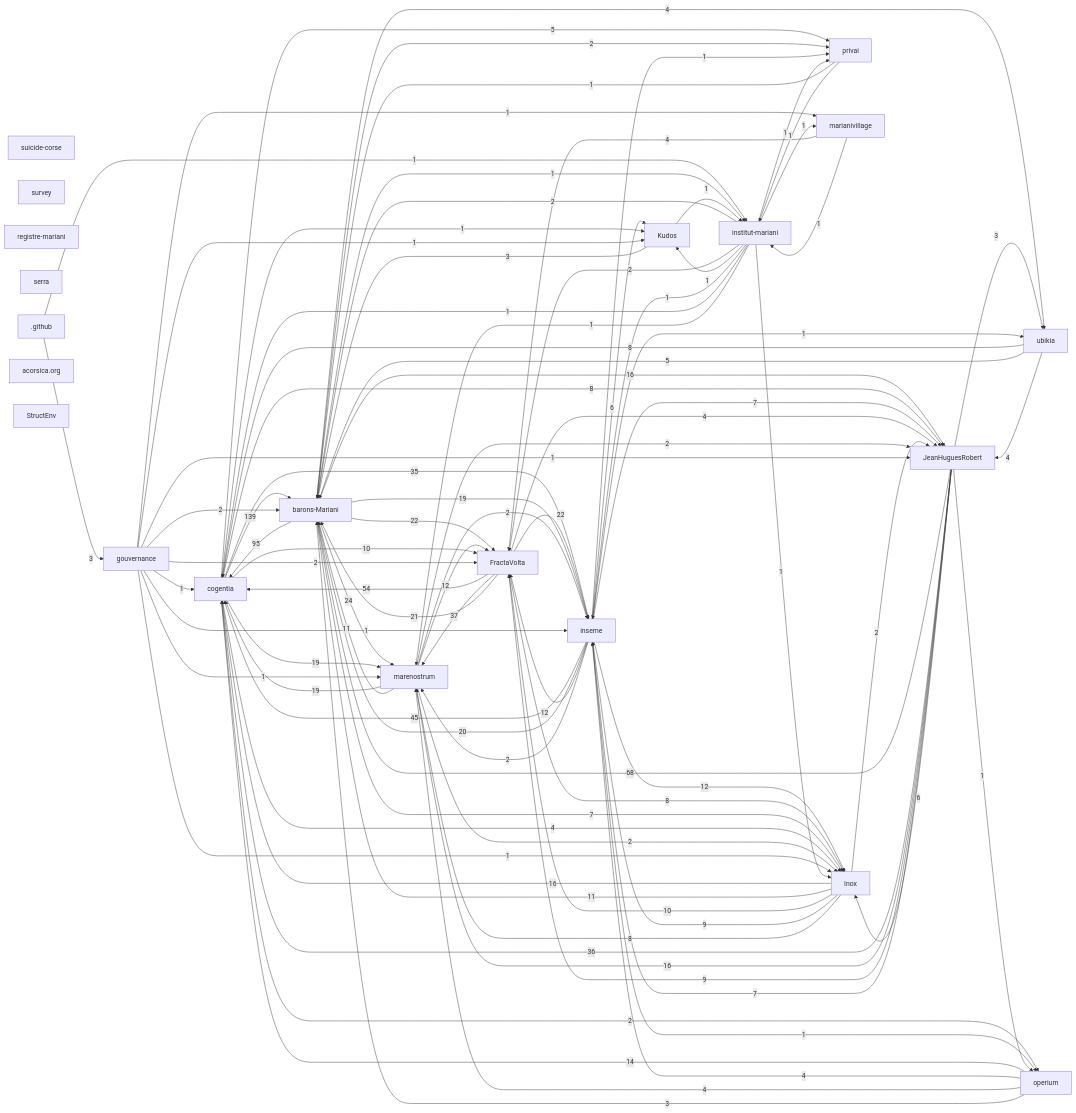
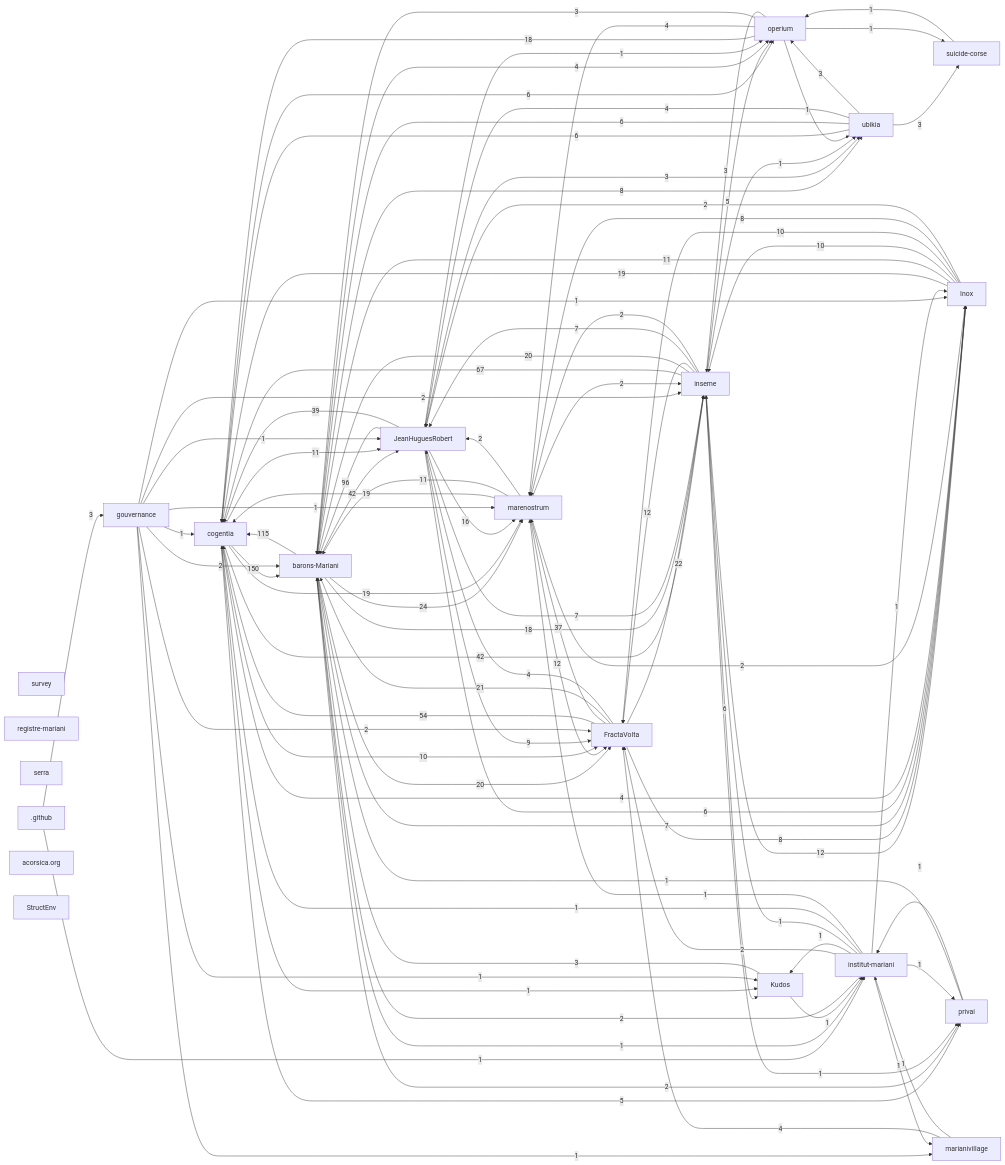
Before and after one commit to JeanHuguesRobert/FractaVolta: the first of 2 diagrams in research/corpus-status.md, drawn with Mermaid. The commit also changed other lines of this file, not shown here.

Commit message:
docs(corpus): refresh status projection

````diff
--- a/research/corpus-status.md
+++ b/research/corpus-status.md
@@ -77,59 +77,64 @@
   r_github[".github"]
   r_acorsica_org["acorsica.org"]
   r_structenv["StructEnv"]
-  r_cogentia -->|139| r_barons_mariani
-  r_barons_mariani -->|95| r_cogentia
-  r_jeanhuguesrobert -->|68| r_barons_mariani
+  r_cogentia -->|150| r_barons_mariani
+  r_barons_mariani -->|115| r_cogentia
+  r_jeanhuguesrobert -->|96| r_barons_mariani
+  r_inseme -->|67| r_cogentia
   r_fractavolta -->|54| r_cogentia
-  r_inseme -->|45| r_cogentia
+  r_barons_mariani -->|42| r_jeanhuguesrobert
+  r_cogentia -->|42| r_inseme
+  r_jeanhuguesrobert -->|39| r_cogentia
   r_fractavolta -->|37| r_marenostrum
-  r_jeanhuguesrobert -->|36| r_cogentia
-  r_cogentia -->|35| r_inseme
   r_barons_mariani -->|24| r_marenostrum
-  r_barons_mariani -->|22| r_fractavolta
   r_fractavolta -->|22| r_inseme
   r_fractavolta -->|21| r_barons_mariani
+  r_barons_mariani -->|20| r_fractavolta
   r_inseme -->|20| r_barons_mariani
-  r_barons_mariani -->|19| r_inseme
   r_cogentia -->|19| r_marenostrum
+  r_inox -->|19| r_cogentia
   r_marenostrum -->|19| r_cogentia
-  r_barons_mariani -->|16| r_jeanhuguesrobert
-  r_inox -->|16| r_cogentia
+  r_barons_mariani -->|18| r_inseme
+  r_operium -->|18| r_cogentia
   r_jeanhuguesrobert -->|16| r_marenostrum
-  r_operium -->|14| r_cogentia
   r_inseme -->|12| r_fractavolta
   r_inseme -->|12| r_inox
   r_marenostrum -->|12| r_fractavolta
+  r_cogentia -->|11| r_jeanhuguesrobert
   r_inox -->|11| r_barons_mariani
   r_marenostrum -->|11| r_barons_mariani
   r_cogentia -->|10| r_fractavolta
+  r_inox -->|10| r_inseme
   r_inox -->|10| r_fractavolta
-  r_inox -->|9| r_inseme
   r_jeanhuguesrobert -->|9| r_fractavolta
-  r_cogentia -->|8| r_jeanhuguesrobert
+  r_barons_mariani -->|8| r_ubikia
   r_fractavolta -->|8| r_inox
   r_inox -->|8| r_marenostrum
-  r_ubikia -->|8| r_cogentia
   r_barons_mariani -->|7| r_inox
   r_inseme -->|7| r_jeanhuguesrobert
   r_jeanhuguesrobert -->|7| r_inseme
+  r_cogentia -->|6| r_operium
   r_inseme -->|6| r_kudos
   r_jeanhuguesrobert -->|6| r_inox
+  r_ubikia -->|6| r_cogentia
+  r_ubikia -->|6| r_barons_mariani
   r_cogentia -->|5| r_privai
-  r_ubikia -->|5| r_barons_mariani
-  r_barons_mariani -->|4| r_ubikia
+  r_inseme -->|5| r_operium
+  r_barons_mariani -->|4| r_operium
   r_cogentia -->|4| r_inox
   r_fractavolta -->|4| r_jeanhuguesrobert
   r_marianivillage -->|4| r_fractavolta
-  r_operium -->|4| r_inseme
   r_operium -->|4| r_marenostrum
   r_ubikia -->|4| r_jeanhuguesrobert
   r_github -->|3| r_gouvernance
   r_jeanhuguesrobert -->|3| r_ubikia
   r_kudos -->|3| r_barons_mariani
   r_operium -->|3| r_barons_mariani
+  r_operium -->|3| r_inseme
+  r_ubikia -->|3| r_suicide_corse
+  r_ubikia -->|3| r_operium
   r_barons_mariani -->|2| r_privai
-  r_cogentia -->|2| r_operium
+  r_gouvernance -->|2| r_inseme
   r_gouvernance -->|2| r_barons_mariani
   r_gouvernance -->|2| r_fractavolta
   r_inox -->|2| r_jeanhuguesrobert
@@ -144,12 +149,10 @@
   r_cogentia -->|1| r_kudos
   r_gouvernance -->|1| r_jeanhuguesrobert
   r_gouvernance -->|1| r_cogentia
-  r_gouvernance -->|1| r_inseme
   r_gouvernance -->|1| r_marenostrum
   r_gouvernance -->|1| r_inox
   r_gouvernance -->|1| r_kudos
   r_gouvernance -->|1| r_marianivillage
-  r_inseme -->|1| r_operium
   r_inseme -->|1| r_privai
   r_inseme -->|1| r_ubikia
   r_institut_mariani -->|1| r_privai
@@ -162,6 +165,9 @@
   r_jeanhuguesrobert -->|1| r_operium
   r_kudos -->|1| r_institut_mariani
   r_marianivillage -->|1| r_institut_mariani
+  r_operium -->|1| r_ubikia
+  r_operium -->|1| r_suicide_corse
   r_privai -->|1| r_barons_mariani
   r_privai -->|1| r_institut_mariani
+  r_suicide_corse -->|1| r_operium
 ```
````
